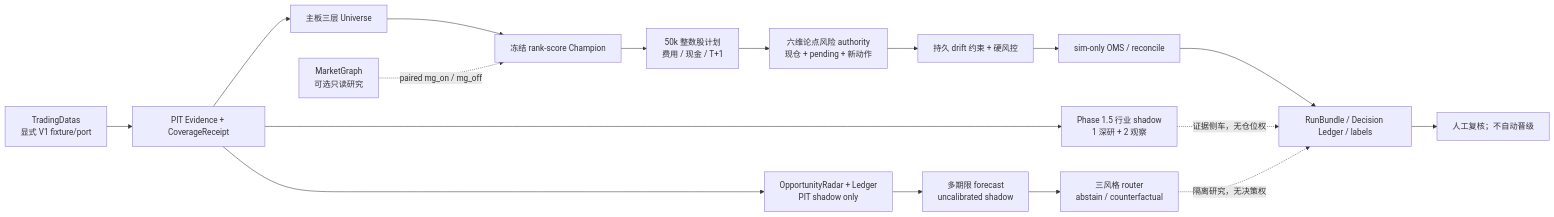
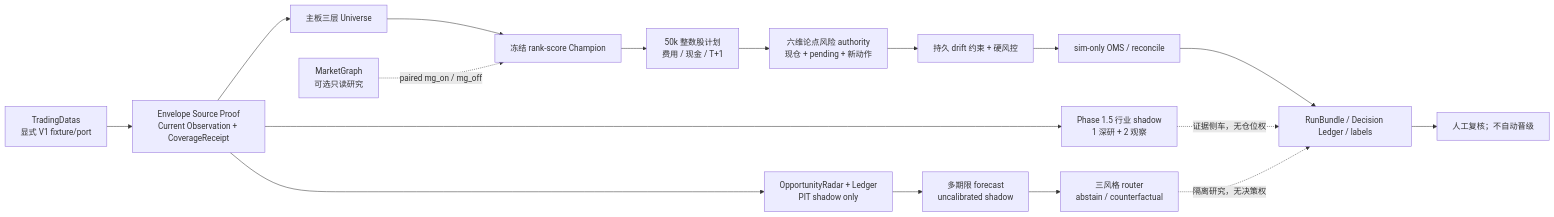
Before and after one commit to NicholasHan1226/Tradingagent.cc: the diagram in README.md, drawn with Mermaid. The commit also changed other lines of this file and 32 other files, not shown here.

Commit message:
feat: consume TradingDatas provider-native pages

````diff
--- a/README.md
+++ b/README.md
@@ -18,19 +18,19 @@
 ```mermaid
 flowchart LR
-    TD["TradingDatas\n显式 V1 fixture/port"] --> C["PIT Evidence + CoverageReceipt"]
+    TD["TradingDatas\n显式 V1 fixture/port"] --> C["Envelope Source Proof\nCurrent Observation + CoverageReceipt"]
     C --> U["主板三层 Universe"]
     C --> I["Phase 1.5 行业 shadow\n1 深研 + 2 观察"]
     C --> O["OpportunityRadar + Ledger\nPIT shadow only"]
     O --> F["多期限 forecast\nuncalibrated shadow"]
     F --> R["三风格 router\nabstain / counterfactual"]
     U --> CH["冻结 rank-score Champion"]
     MG["MarketGraph\n可选只读研究"] -. "paired mg_on / mg_off" .-> CH
     CH --> P["50k 整数股计划\n费用 / 现金 / T+1"]
     P --> T["六维论点风险 authority\n现仓 + pending + 新动作"]
     T --> D["持久 drift 约束 + 硬风控"]
     D --> A["sim-only OMS / reconcile"]
     A --> J["RunBundle / Decision Ledger / labels"]
     I -. "证据侧车，无仓位权" .-> J
     R -. "隔离研究，无决策权" .-> J
     J --> M["人工复核；不自动晋级"]
 ```
````
